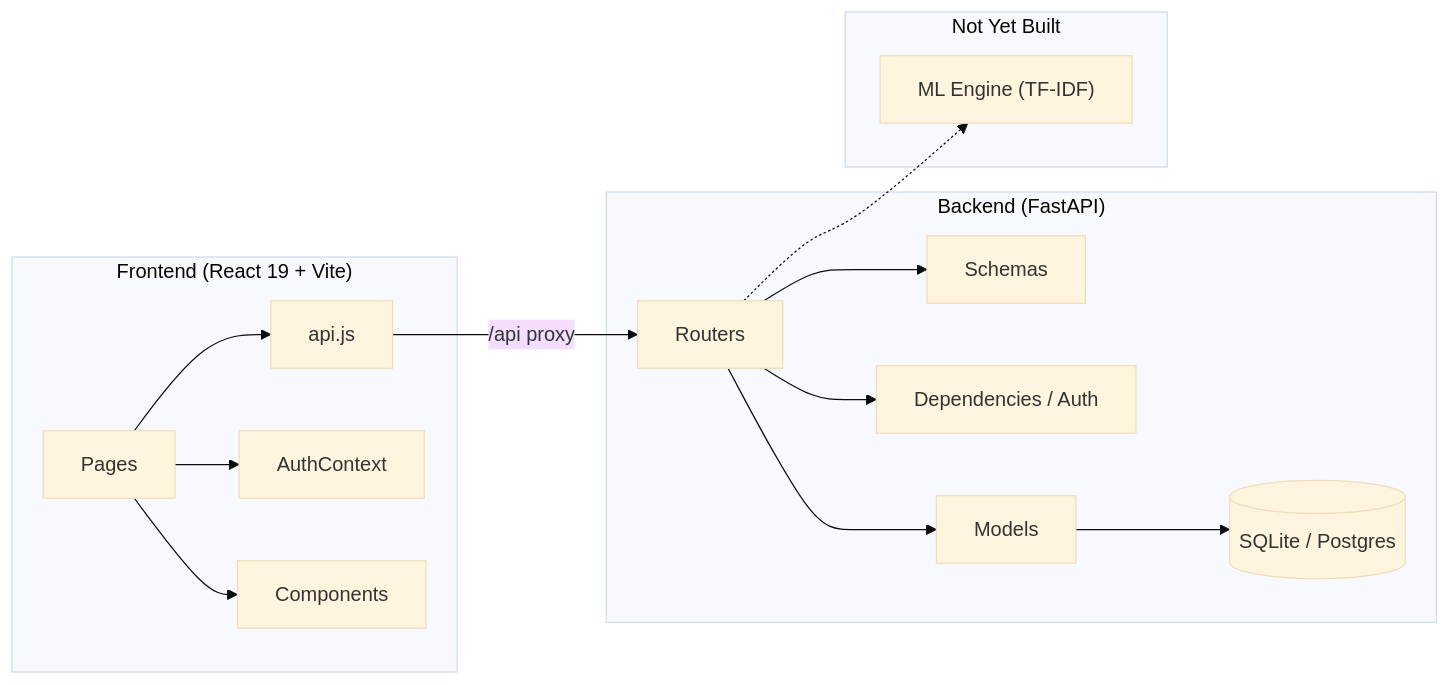
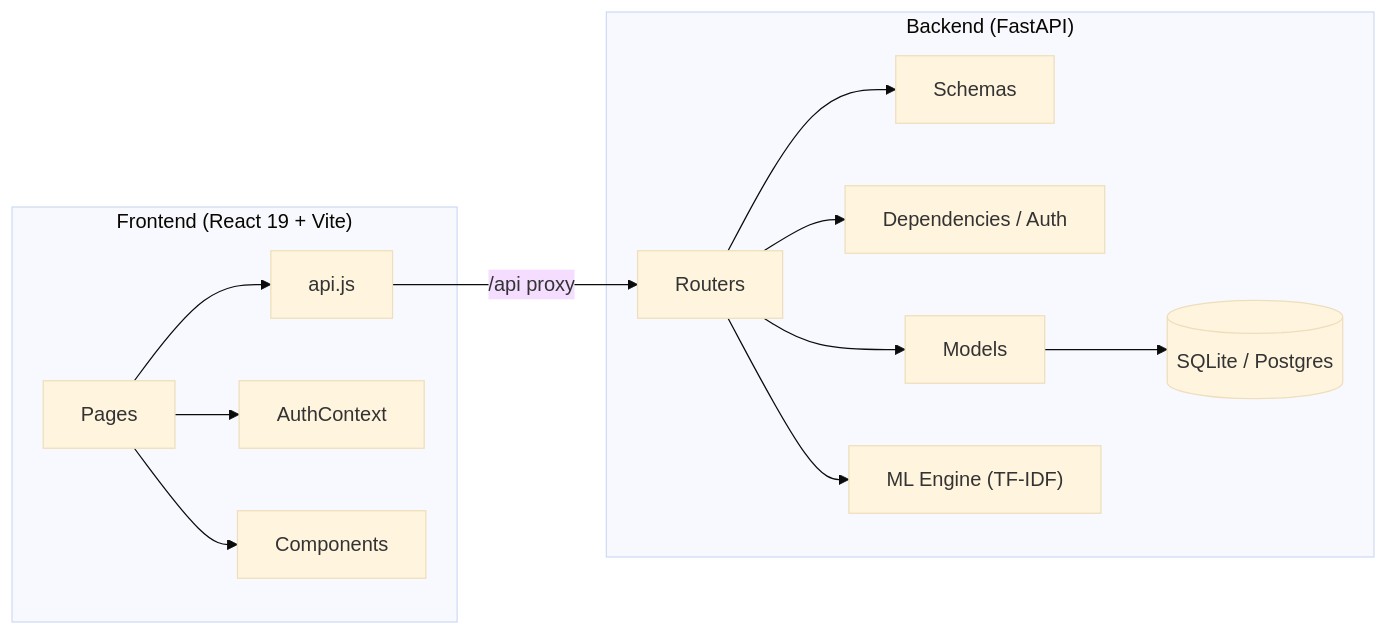
Before and after one commit to KevinMacharia-667/DEKUT-DEEMS: the diagram in project_status.md, drawn with Mermaid (base theme). The commit also changed other lines of this file and 28 other files, not shown here.

````diff
--- a/project_status.md
+++ b/project_status.md
@@ -57,21 +58,17 @@
 ```mermaid
 graph LR
     subgraph Frontend ["Frontend (React 19 + Vite)"]
         A[Pages] --> B[api.js]
         A --> C[AuthContext]
         A --> D[Components]
     end
     B -- "/api proxy" --> E
 
     subgraph Backend ["Backend (FastAPI)"]
         E[Routers] --> F[Schemas]
         E --> G[Dependencies / Auth]
         E --> H[Models]
         H --> I[(SQLite / Postgres)]
+        E --> J["ML Engine (TF-IDF)"]
     end
-
-    subgraph Missing ["Not Yet Built"]
-        J["ML Engine (TF-IDF)"]
-    end
-    E -.-> J
 ```
````
